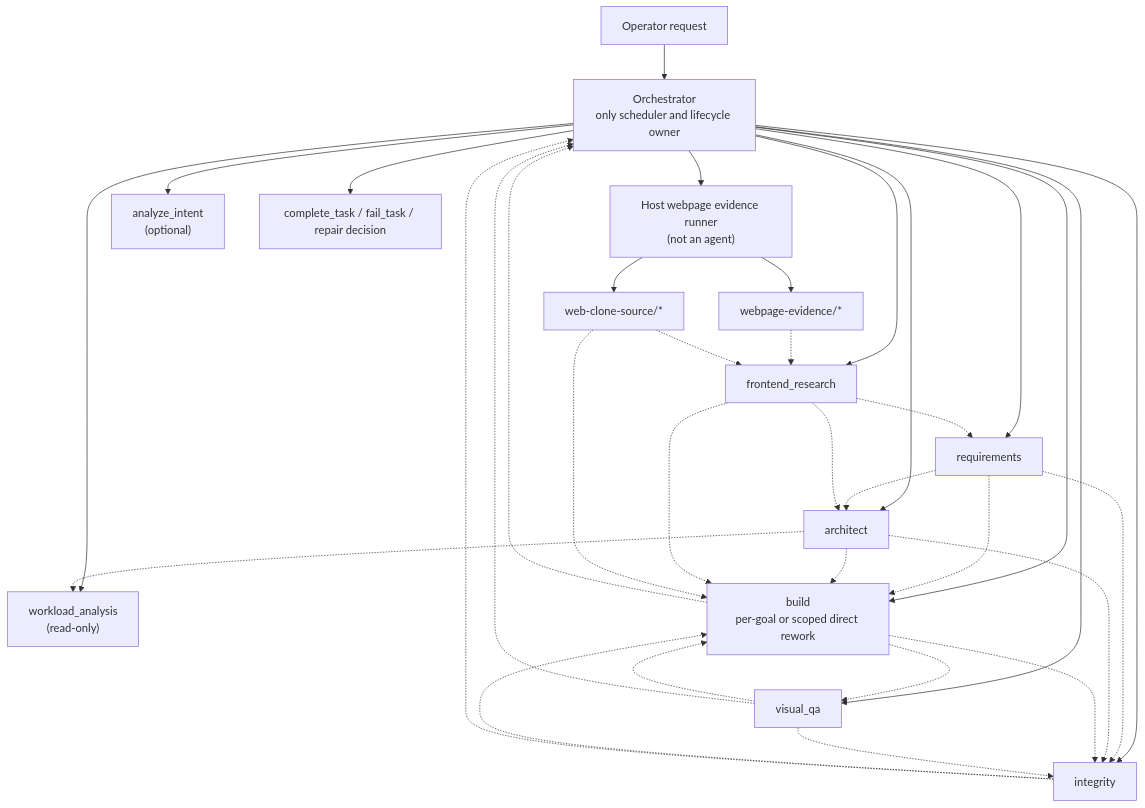
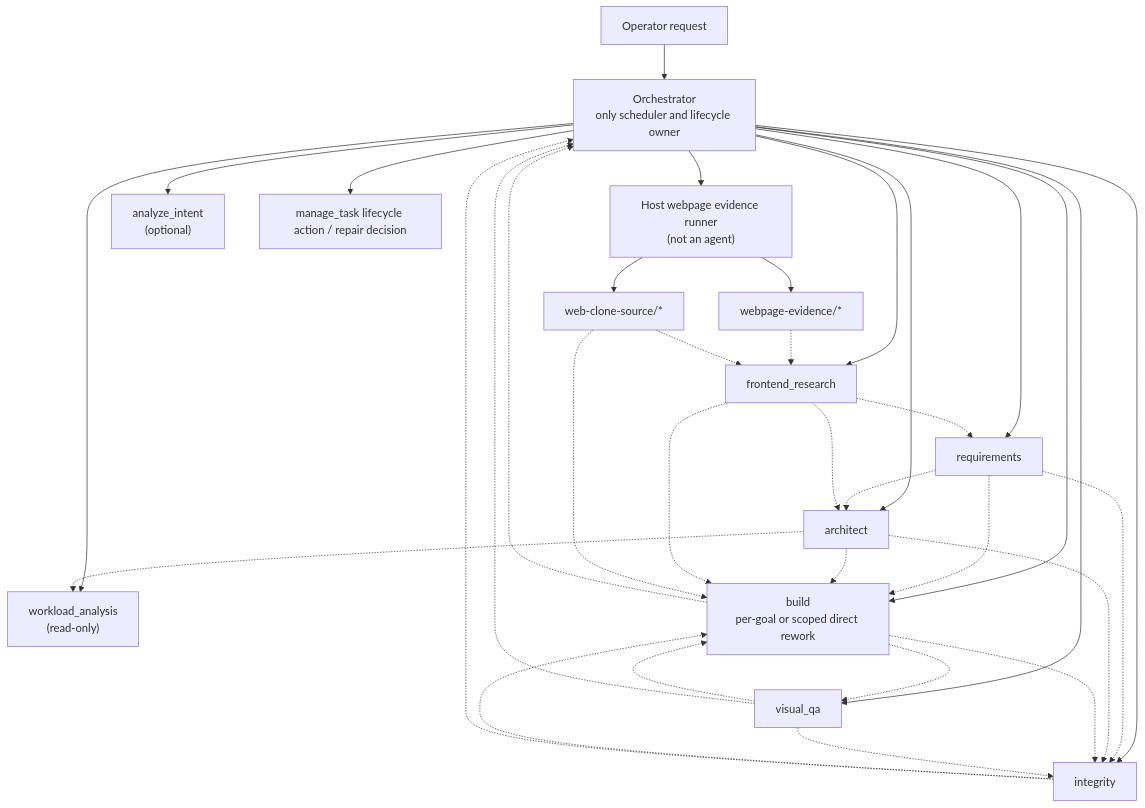
One commit to yangheng95/argus changed the first of 2 diagrams in specs/current/architecture/18-webpage-replica-agent-workflow.md. Above: the diagram before and after it, drawn with Mermaid. The commit also changed other lines of this file and 31 other files, not shown here.

````diff
--- a/specs/current/architecture/18-webpage-replica-agent-workflow.md
+++ b/specs/current/architecture/18-webpage-replica-agent-workflow.md
@@ -98,51 +98,51 @@
 ```mermaid
 flowchart TD
   U["Operator request"]
   O["Orchestrator<br/>only scheduler and lifecycle owner"]
   H["Host webpage evidence runner<br/>(not an agent)"]
   WE["webpage-evidence/*"]
   WCS["web-clone-source/*"]
   FR["frontend_research"]
   IA["analyze_intent<br/>(optional)"]
   R["requirements"]
   A["architect"]
   W["workload_analysis<br/>(read-only)"]
   B["build<br/>per-goal or scoped direct rework"]
   V["visual_qa"]
   IT["integrity"]
-  L["complete_task / fail_task / repair decision"]
+  L["manage_task lifecycle action / repair decision"]
 
   U --> O
   O --> H
   H --> WE
   H --> WCS
   O --> FR
   WE -.-> FR
   WCS -.-> FR
   O --> IA
   O --> R
   FR -.-> R
   O --> A
   R -.-> A
   FR -.-> A
   O --> W
   A -.-> W
   O --> B
   R -.-> B
   A -.-> B
   FR -.-> B
   WCS -.-> B
   O --> V
   B -.-> V
   O --> IT
   R -.-> IT
   A -.-> IT
   B -.-> IT
   V -.-> IT
   V -.-> B
   IT -.-> B
   V -.-> O
   IT -.-> O
   B -.-> O
   O --> L
 ```
````
